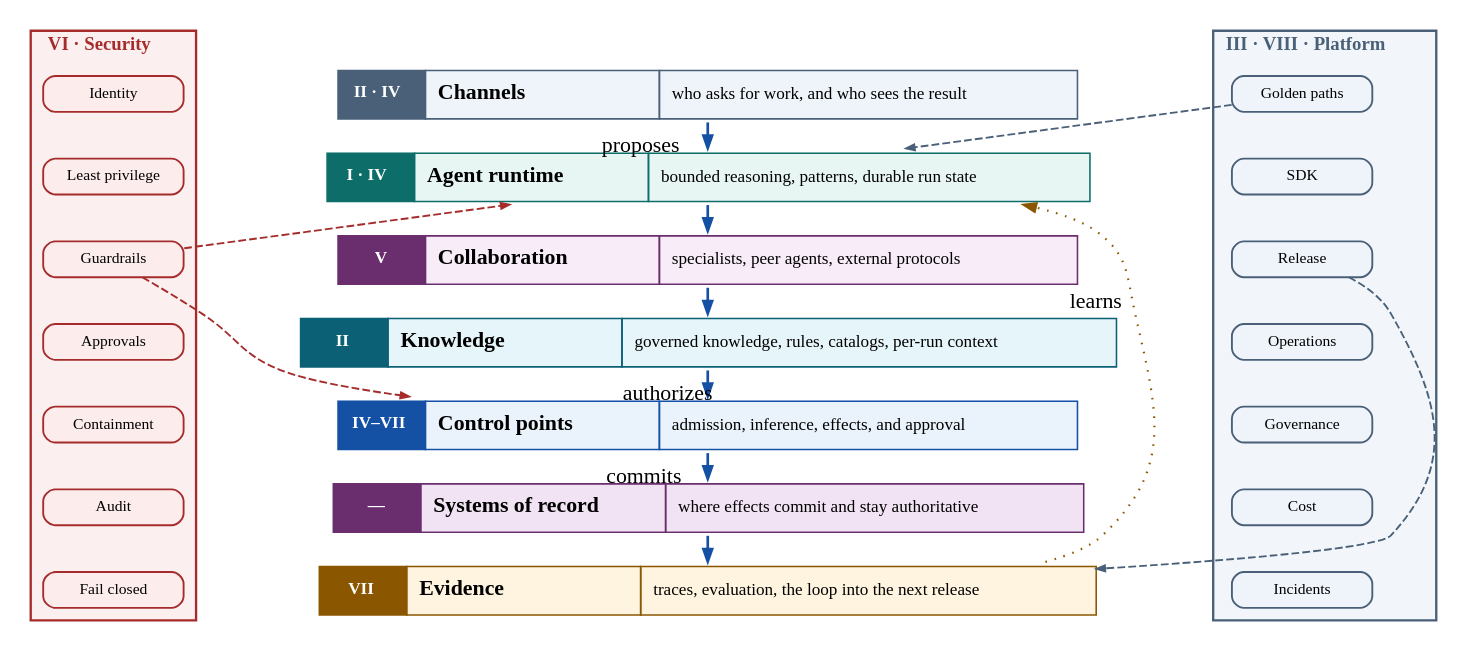
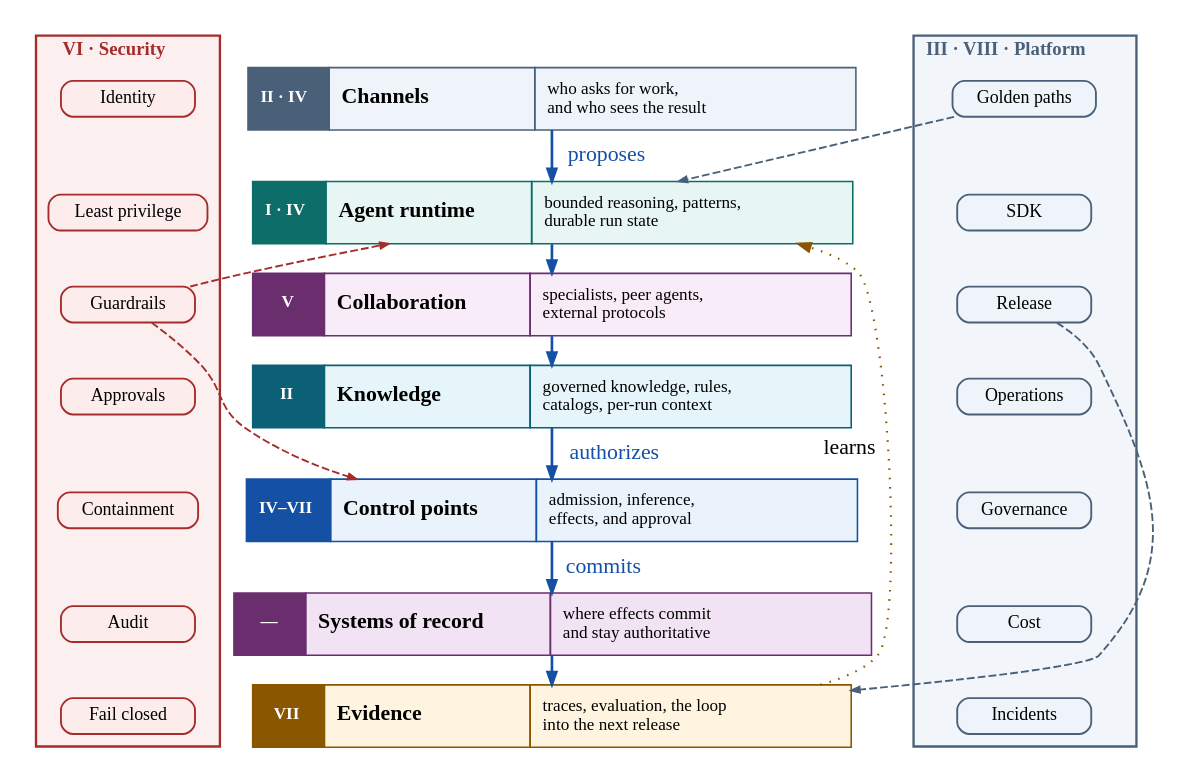
One commit to rrahimi-uci/building-enterprise-general-intelligence changed the diagram in assets/diagrams/src/system-overview.gv. Above: the diagram before and after it, drawn with Graphviz. The commit also changed 84 other files, not shown here.

First line of the commit message:
Fix print-scale figure, cover, and table layout defects (pass 2, P2-C)

```diff
--- a/assets/diagrams/src/system-overview.gv
+++ b/assets/diagrams/src/system-overview.gv
@@ -1,124 +1,126 @@
 // Figure 1-3 — The whole system at a thousand feet.
 //
 // Message: this is the destination. Each band maps to the Parts that develop it, authority
 // narrows as you read down, and the two concerns that do not sit in the stack
 // -- security, and the platform that builds and runs it -- flank it.
 //
 // It shares Figure 4-1's visual language (palette, spine construct, downward
 // request path) so the notation carries over, but the decompositions differ:
 // Chapter 4 maps its planes onto these bands. Bands here are single nodes. Nothing in this figure should be more
 // specific than a band name and what it owns.
 //
 // Layout note: each spine is a cluster of chained nodes, exactly as in Figure
 // 4-1. Holding a single tall node on the middle rank with `rank=same` looks
 // like it should work and does not: the tall node inflates that one rank, which
 // tears a gap through the middle of the stack.
 digraph system_overview {
   rankdir = TB
-  graph [ranksep=0.24, nodesep=0.34]
+  graph [ranksep=0.24, nodesep=0.12, pad=0.1]
   node [shape=plaintext, style="", margin=0]
 
   subgraph cluster_sec {
     label = <<B>VI &#183; Security</B>>
     fontsize = 12; fontcolor = "#A62C2C"
     style = filled; fillcolor = "#FBEFEF"; color = "#A62C2C"; penwidth = 1.5
     margin = 8
     node [shape=box, style="filled,rounded", penwidth=1.2, fontsize=10,
-          fillcolor="#FCECEC", color="#A62C2C", width=1.25, height=0.32,
+          fillcolor="#FCECEC", color="#A62C2C", width=1.2, height=0.32, fontsize=11.5,
           margin="0.10,0.06"]
     c0 [label="Identity"]
     cx [label="Least privilege"]
     c1 [label="Guardrails"]
     c2 [label="Approvals"]
     c3 [label="Containment"]
     c4 [label="Audit"]
     c5 [label="Fail closed"]
     c0 -> cx -> c1 -> c2 -> c3 -> c4 -> c5 [style=invis]
   }
 
   // ------------------------------------------------------------- the bands --
   // badge (Part) | name | what it owns
   ch [label=<<TABLE BORDER="0" CELLBORDER="1" CELLSPACING="0" CELLPADDING="7" COLOR="#4A6078" BGCOLOR="#EEF4FA">
-    <TR><TD WIDTH="56" BGCOLOR="#4A6078" ALIGN="CENTER"><FONT COLOR="white" POINT-SIZE="11"><B>II · IV</B></FONT></TD>
-        <TD WIDTH="150" ALIGN="LEFT"><B>Channels</B></TD>
-        <TD WIDTH="268" ALIGN="LEFT"><FONT POINT-SIZE="11">who asks for work, and who sees the result</FONT></TD></TR></TABLE>>]
+    <TR><TD WIDTH="46" BGCOLOR="#4A6078" ALIGN="CENTER"><FONT COLOR="white" POINT-SIZE="11"><B>II · IV</B></FONT></TD>
+        <TD WIDTH="132" ALIGN="LEFT"><B>Channels</B></TD>
+        <TD WIDTH="206" ALIGN="LEFT"><FONT POINT-SIZE="11">who asks for work,<BR ALIGN="LEFT"/>and who sees the result<BR ALIGN="LEFT"/></FONT></TD></TR></TABLE>>]
 
   rt [label=<<TABLE BORDER="0" CELLBORDER="1" CELLSPACING="0" CELLPADDING="7" COLOR="#0D6E69" BGCOLOR="#E7F5F3">
-    <TR><TD WIDTH="56" BGCOLOR="#0D6E69" ALIGN="CENTER"><FONT COLOR="white" POINT-SIZE="11"><B>I · IV</B></FONT></TD>
-        <TD WIDTH="150" ALIGN="LEFT"><B>Agent runtime</B></TD>
-        <TD WIDTH="268" ALIGN="LEFT"><FONT POINT-SIZE="11">bounded reasoning, patterns, durable run state</FONT></TD></TR></TABLE>>]
+    <TR><TD WIDTH="46" BGCOLOR="#0D6E69" ALIGN="CENTER"><FONT COLOR="white" POINT-SIZE="11"><B>I · IV</B></FONT></TD>
+        <TD WIDTH="132" ALIGN="LEFT"><B>Agent runtime</B></TD>
+        <TD WIDTH="206" ALIGN="LEFT"><FONT POINT-SIZE="11">bounded reasoning, patterns,<BR ALIGN="LEFT"/>durable run state<BR ALIGN="LEFT"/></FONT></TD></TR></TABLE>>]
 
   ma [label=<<TABLE BORDER="0" CELLBORDER="1" CELLSPACING="0" CELLPADDING="7" COLOR="#6A2E6E" BGCOLOR="#F7ECF8">
-    <TR><TD WIDTH="56" BGCOLOR="#6A2E6E" ALIGN="CENTER"><FONT COLOR="white" POINT-SIZE="11"><B>V</B></FONT></TD>
-        <TD WIDTH="150" ALIGN="LEFT"><B>Collaboration</B></TD>
-        <TD WIDTH="268" ALIGN="LEFT"><FONT POINT-SIZE="11">specialists, peer agents, external protocols</FONT></TD></TR></TABLE>>]
+    <TR><TD WIDTH="46" BGCOLOR="#6A2E6E" ALIGN="CENTER"><FONT COLOR="white" POINT-SIZE="11"><B>V</B></FONT></TD>
+        <TD WIDTH="132" ALIGN="LEFT"><B>Collaboration</B></TD>
+        <TD WIDTH="206" ALIGN="LEFT"><FONT POINT-SIZE="11">specialists, peer agents,<BR ALIGN="LEFT"/>external protocols<BR ALIGN="LEFT"/></FONT></TD></TR></TABLE>>]
 
   kn [label=<<TABLE BORDER="0" CELLBORDER="1" CELLSPACING="0" CELLPADDING="7" COLOR="#0B6076" BGCOLOR="#E6F5F9">
-    <TR><TD WIDTH="56" BGCOLOR="#0B6076" ALIGN="CENTER"><FONT COLOR="white" POINT-SIZE="11"><B>II</B></FONT></TD>
-        <TD WIDTH="150" ALIGN="LEFT"><B>Knowledge</B></TD>
-        <TD WIDTH="268" ALIGN="LEFT"><FONT POINT-SIZE="11">governed knowledge, rules, catalogs, per-run context</FONT></TD></TR></TABLE>>]
+    <TR><TD WIDTH="46" BGCOLOR="#0B6076" ALIGN="CENTER"><FONT COLOR="white" POINT-SIZE="11"><B>II</B></FONT></TD>
+        <TD WIDTH="132" ALIGN="LEFT"><B>Knowledge</B></TD>
+        <TD WIDTH="206" ALIGN="LEFT"><FONT POINT-SIZE="11">governed knowledge, rules,<BR ALIGN="LEFT"/>catalogs, per-run context<BR ALIGN="LEFT"/></FONT></TD></TR></TABLE>>]
 
   gw [label=<<TABLE BORDER="0" CELLBORDER="1" CELLSPACING="0" CELLPADDING="7" COLOR="#1450A3" BGCOLOR="#EAF3FB">
-    <TR><TD WIDTH="56" BGCOLOR="#1450A3" ALIGN="CENTER"><FONT COLOR="white" POINT-SIZE="11"><B>IV&#8211;VII</B></FONT></TD>
-        <TD WIDTH="150" ALIGN="LEFT"><B>Control points</B></TD>
-        <TD WIDTH="268" ALIGN="LEFT"><FONT POINT-SIZE="11">admission, inference, effects, and approval</FONT></TD></TR></TABLE>>]
+    <TR><TD WIDTH="46" BGCOLOR="#1450A3" ALIGN="CENTER"><FONT COLOR="white" POINT-SIZE="11"><B>IV&#8211;VII</B></FONT></TD>
+        <TD WIDTH="132" ALIGN="LEFT"><B>Control points</B></TD>
+        <TD WIDTH="206" ALIGN="LEFT"><FONT POINT-SIZE="11">admission, inference,<BR ALIGN="LEFT"/>effects, and approval<BR ALIGN="LEFT"/></FONT></TD></TR></TABLE>>]
 
   sor [label=<<TABLE BORDER="0" CELLBORDER="1" CELLSPACING="0" CELLPADDING="7" COLOR="#6A2E6E" BGCOLOR="#F1E3F3">
-    <TR><TD WIDTH="56" BGCOLOR="#6A2E6E" ALIGN="CENTER"><FONT COLOR="white" POINT-SIZE="11"><B>—</B></FONT></TD>
-        <TD WIDTH="150" ALIGN="LEFT"><B>Systems of record</B></TD>
-        <TD WIDTH="268" ALIGN="LEFT"><FONT POINT-SIZE="11">where effects commit and stay authoritative</FONT></TD></TR></TABLE>>]
+    <TR><TD WIDTH="46" BGCOLOR="#6A2E6E" ALIGN="CENTER"><FONT COLOR="white" POINT-SIZE="11"><B>—</B></FONT></TD>
+        <TD WIDTH="132" ALIGN="LEFT"><B>Systems of record</B></TD>
+        <TD WIDTH="206" ALIGN="LEFT"><FONT POINT-SIZE="11">where effects commit<BR ALIGN="LEFT"/>and stay authoritative<BR ALIGN="LEFT"/></FONT></TD></TR></TABLE>>]
 
   obs [label=<<TABLE BORDER="0" CELLBORDER="1" CELLSPACING="0" CELLPADDING="7" COLOR="#8A5600" BGCOLOR="#FFF4DF">
-    <TR><TD WIDTH="56" BGCOLOR="#8A5600" ALIGN="CENTER"><FONT COLOR="white" POINT-SIZE="11"><B>VII</B></FONT></TD>
-        <TD WIDTH="150" ALIGN="LEFT"><B>Evidence</B></TD>
-        <TD WIDTH="268" ALIGN="LEFT"><FONT POINT-SIZE="11">traces, evaluation, the loop into the next release</FONT></TD></TR></TABLE>>]
+    <TR><TD WIDTH="46" BGCOLOR="#8A5600" ALIGN="CENTER"><FONT COLOR="white" POINT-SIZE="11"><B>VII</B></FONT></TD>
+        <TD WIDTH="132" ALIGN="LEFT"><B>Evidence</B></TD>
+        <TD WIDTH="206" ALIGN="LEFT"><FONT POINT-SIZE="11">traces, evaluation, the loop<BR ALIGN="LEFT"/>into the next release<BR ALIGN="LEFT"/></FONT></TD></TR></TABLE>>]
 
   // ----------------------------------------------------------- the spines --
   // Tall, because the prose says security spans every band. Drawing it as a
   // band -- which this figure used to do -- contradicts the sentence printed
   // directly beneath it.
   subgraph cluster_ops {
     label = <<B>III &#183; VIII &#183; Platform</B>>
     fontsize = 12; fontcolor = "#4A6078"
     style = filled; fillcolor = "#F2F6FA"; color = "#4A6078"; penwidth = 1.5
     margin = 8
     node [shape=box, style="filled,rounded", penwidth=1.2, fontsize=10,
-          fillcolor="#EEF4FA", color="#4A6078", width=1.25, height=0.32,
+          fillcolor="#EEF4FA", color="#4A6078", width=1.2, height=0.32, fontsize=11.5,
           margin="0.10,0.06"]
     p0 [label="Golden paths"]
     p1 [label="SDK"]
     p2 [label="Release"]
     p3 [label="Operations"]
     p4 [label="Governance"]
     p5 [label="Cost"]
     px [label="Incidents"]
     p0 -> p1 -> p2 -> p3 -> p4 -> p5 -> px [style=invis]
   }
 
   // -------------------------------------------------------- authority axis --
   // The descent is the argument: the agent proposes at the top, the platform
   // authorizes in the middle, and only the bottom bands commit.
   edge [color="#1450A3", penwidth=1.7, arrowsize=0.8]
-  ch -> rt [xlabel=" proposes  "]
+  // Labels, not xlabels: an xlabel is placed after layout and landed on the
+  // arrow ("com|mits"); a label reserves its own room beside the edge.
+  ch -> rt [label=" proposes", fontcolor="#1450A3"]
   rt -> ma
   ma -> kn
-  kn -> gw [xlabel=" authorizes  "]
-  gw -> sor [xlabel=" commits  "]
+  kn -> gw [label=" authorizes", fontcolor="#1450A3"]
+  gw -> sor [label=" commits", fontcolor="#1450A3"]
   sor -> obs
 
   // Evidence closes the loop back to the runtime, which is why it is a band and
   // not an endpoint.
   edge [style=dotted, color="#8A5600", penwidth=1.4, constraint=false,
         xlabel="  learns"]
   obs -> rt
 
   // Security and platform touch every band; two short unconstrained edges each
   // say so without drawing fourteen lines over the stack.
   edge [style=dashed, color="#A62C2C", penwidth=1.2, arrowsize=0.55, xlabel=""]
   c1 -> rt
   c1 -> gw
 
   edge [style=dashed, color="#4A6078", penwidth=1.2]
   p0 -> rt
   p2 -> obs
 }
```
